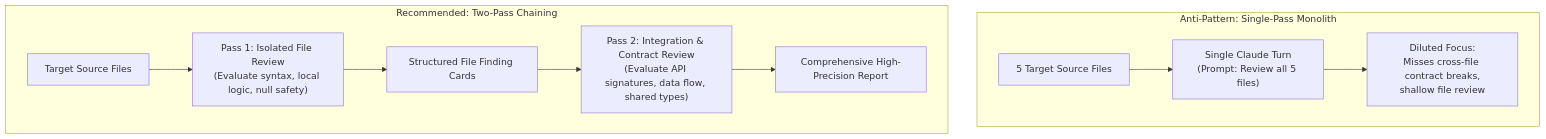
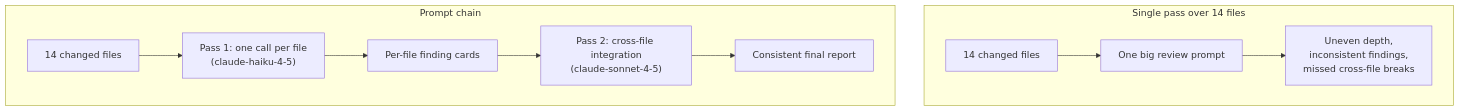
One commit to dip4k/claude_cert_architect_foundation_prep changed the diagram in domain1/ts_1_6_task_decomposition/README.md. Above: the diagram before and after it, drawn with Mermaid. The commit also changed other lines of this file and 133 other files, not shown here.

````diff
--- a/domain1/ts_1_6_task_decomposition/README.md
+++ b/domain1/ts_1_6_task_decomposition/README.md
@@ -62,14 +96,14 @@
 ```mermaid
 flowchart TD
-    subgraph AntiPattern["Anti-Pattern: Single-Pass Monolith"]
-        RawFiles["5 Target Source Files"] --> SinglePrompt["Single Claude Turn<br>(Prompt: Review all 5 files)"]
-        SinglePrompt --> DilutionResult["Diluted Focus:<br>Misses cross-file contract breaks,<br>shallow file review"]
+    subgraph Bad["Single pass over 14 files"]
+        Many["14 changed files"] --> One["One big review prompt"]
+        One --> Uneven["Uneven depth,<br>inconsistent findings,<br>missed cross-file breaks"]
     end
 
-    subgraph TwoPassWorkflow["Recommended: Two-Pass Chaining"]
-        Files["Target Source Files"] --> Pass1["Pass 1: Isolated File Review<br>(Evaluate syntax, local logic, null safety)"]
-        Pass1 --> Findings["Structured File Finding Cards"]
-        Findings --> Pass2["Pass 2: Integration & Contract Review<br>(Evaluate API signatures, data flow, shared types)"]
-        Pass2 --> FinalReport["Comprehensive High-Precision Report"]
+    subgraph Good["Prompt chain"]
+        Files["14 changed files"] --> P1["Pass 1: one call per file<br>(claude-haiku-4-5)"]
+        P1 --> Cards["Per-file finding cards"]
+        Cards --> P2["Pass 2: cross-file integration<br>(claude-sonnet-4-5)"]
+        P2 --> Report["Consistent final report"]
     end
 ```
````
